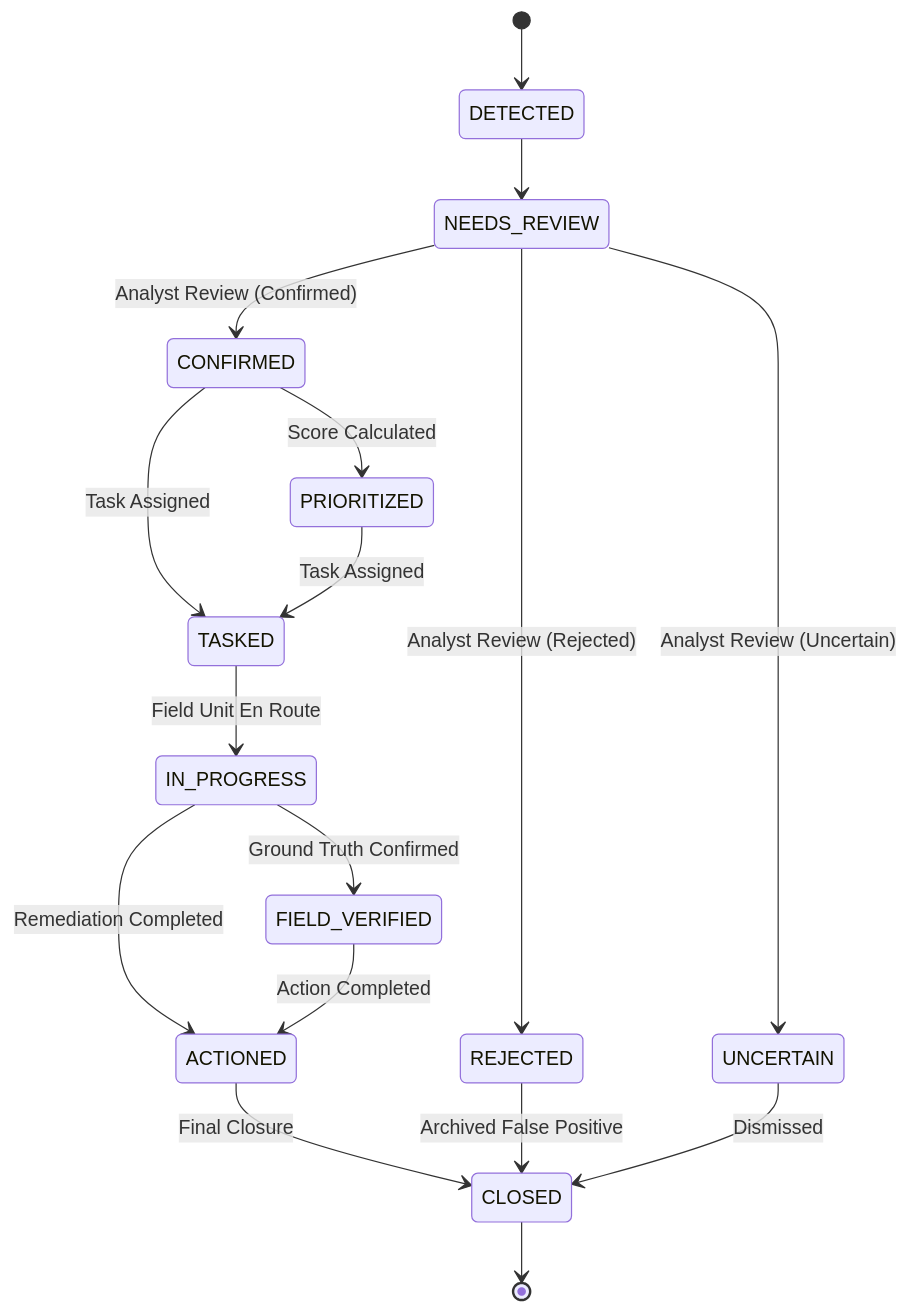
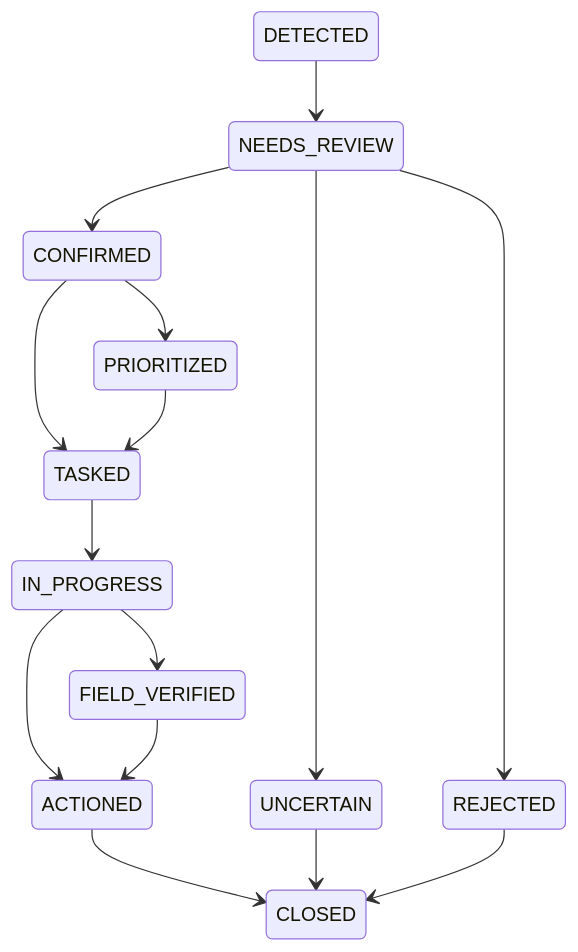
Before and after one commit to rohitkumarnaidu/Disaster-Intelligence-Response-OS: the diagram in docs/08-domain/case-lifecycle.md, drawn with Mermaid. The commit also changed other lines of this file and 165 other files, not shown here.

````diff
--- a/docs/08-domain/case-lifecycle.md
+++ b/docs/08-domain/case-lifecycle.md
@@ -7,22 +8,17 @@
 ```mermaid
 stateDiagram-v2
-    [*] --> DETECTED
-    DETECTED --> NEEDS_REVIEW
-    NEEDS_REVIEW --> CONFIRMED: Analyst Review (Confirmed)
-    NEEDS_REVIEW --> REJECTED: Analyst Review (Rejected)
-    NEEDS_REVIEW --> UNCERTAIN: Analyst Review (Uncertain)
-    
-    CONFIRMED --> PRIORITIZED: Score Calculated
-    CONFIRMED --> TASKED: Task Assigned
-    PRIORITIZED --> TASKED: Task Assigned
-    
-    TASKED --> IN_PROGRESS: Field Unit En Route
-    IN_PROGRESS --> FIELD_VERIFIED: Ground Truth Confirmed
-    IN_PROGRESS --> ACTIONED: Remediation Completed
-    FIELD_VERIFIED --> ACTIONED: Action Completed
-    
-    ACTIONED --> CLOSED: Final Closure
-    REJECTED --> CLOSED: Archived False Positive
-    UNCERTAIN --> CLOSED: Dismissed
-    CLOSED --> [*]
+  DETECTED --> NEEDS_REVIEW
+  NEEDS_REVIEW --> CONFIRMED
+  NEEDS_REVIEW --> REJECTED
+  NEEDS_REVIEW --> UNCERTAIN
+  CONFIRMED --> PRIORITIZED
+  CONFIRMED --> TASKED
+  PRIORITIZED --> TASKED
+  TASKED --> IN_PROGRESS
+  IN_PROGRESS --> FIELD_VERIFIED
+  IN_PROGRESS --> ACTIONED
+  FIELD_VERIFIED --> ACTIONED
+  ACTIONED --> CLOSED
+  UNCERTAIN --> CLOSED
+  REJECTED --> CLOSED
 ```
````
